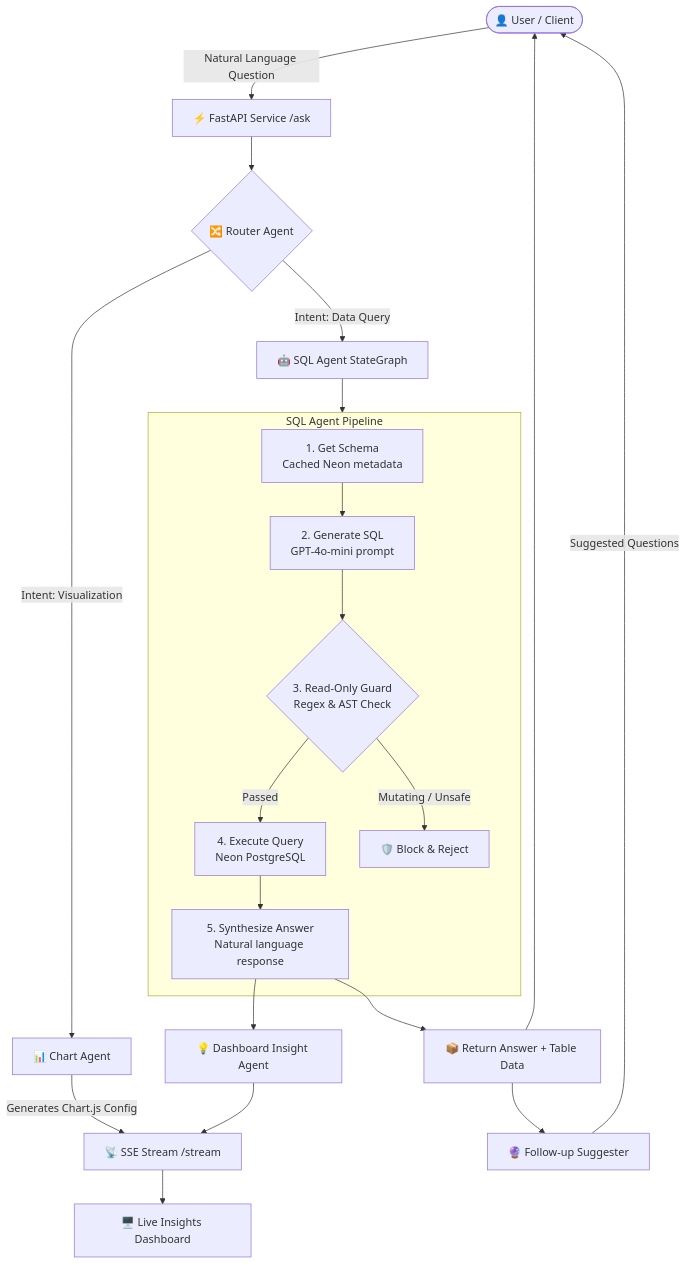
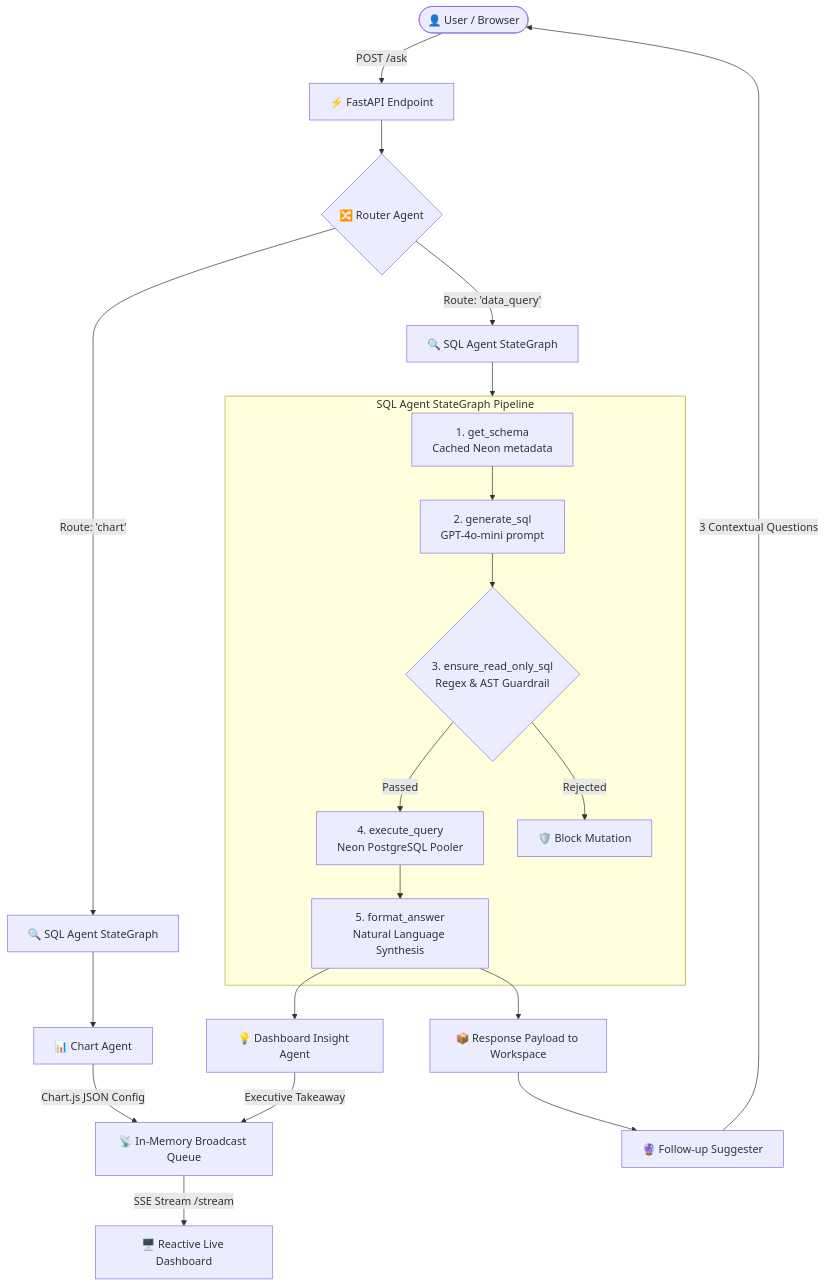
One commit to Sinister-monk/ai-data-analytics changed the diagram in README.md. Above: the diagram before and after it, drawn with Mermaid. The commit also changed other lines of this file and 2 other files, not shown here.

````diff
--- a/README.md
+++ b/README.md
@@ -77,31 +173,31 @@
 ```mermaid
 flowchart TD
-    User([👤 User / Client]) -->|Natural Language Question| API[⚡ FastAPI Service /ask]
-    
+    Client([👤 User / Browser]) -->|POST /ask| API[⚡ FastAPI Endpoint]
+
     API --> Router{🔀 Router Agent}
-    
-    %% Chart Flow
-    Router -->|Intent: Visualization| ChartAgent[📊 Chart Agent]
-    ChartAgent -->|Generates Chart.js Config| BroadcastSSE[📡 SSE Stream /stream]
-    BroadcastSSE --> LiveDash[🖥️ Live Insights Dashboard]
-    
-    %% SQL Flow
-    Router -->|Intent: Data Query| SQLGraph[🤖 SQL Agent StateGraph]
-    
-    subgraph SQLGraphPipeline [SQL Agent Pipeline]
-        SchemaNode[1. Get Schema\nCached Neon metadata] --> SQLGenNode[2. Generate SQL\nGPT-4o-mini prompt]
-        SQLGenNode --> ValidateNode{3. Read-Only Guard\nRegex & AST Check}
-        ValidateNode -->|Passed| ExecNode[4. Execute Query\nNeon PostgreSQL]
-        ValidateNode -->|Mutating / Unsafe| ErrorNode[🛡️ Block & Reject]
-        ExecNode --> AnswerNode[5. Synthesize Answer\nNatural language response]
+
+    %% Chart Workflow
+    Router -->|Route: 'chart'| SQLForChart[🔍 SQL Agent StateGraph]
+    SQLForChart --> ChartAgent[📊 Chart Agent]
+    ChartAgent -->|Chart.js JSON Config| BroadcastQueue[📡 In-Memory Broadcast Queue]
+
+    %% Data Query Workflow
+    Router -->|Route: 'data_query'| SQLGraph[🔍 SQL Agent StateGraph]
+
+    subgraph SQLPipeline [SQL Agent StateGraph Pipeline]
+        SchemaNode[1. get_schema\nCached Neon metadata] --> SQLGen[2. generate_sql\nGPT-4o-mini prompt]
+        SQLGen --> SafetyCheck{3. ensure_read_only_sql\nRegex & AST Guardrail}
+        SafetyCheck -->|Passed| ExecQuery[4. execute_query\nNeon PostgreSQL Pooler]
+        SafetyCheck -->|Rejected| ErrorHandler[🛡️ Block Mutation]
+        ExecQuery --> FormatAnswer[5. format_answer\nNatural Language Synthesis]
     end
-    
-    SQLGraph --> SQLGraphPipeline
-    AnswerNode --> APIResp[📦 Return Answer + Table Data]
-    AnswerNode --> InsightAgent[💡 Dashboard Insight Agent]
-    InsightAgent --> BroadcastSSE
-    
-    APIResp --> FollowupAgent[🔮 Follow-up Suggester]
-    APIResp --> User
-    FollowupAgent -->|Suggested Questions| User
+
+    SQLGraph --> SQLPipeline
+    FormatAnswer --> DashboardAgent[💡 Dashboard Insight Agent]
+    DashboardAgent -->|Executive Takeaway| BroadcastQueue
+
+    BroadcastQueue -->|SSE Stream /stream| LiveDashboard[🖥️ Reactive Live Dashboard]
+    FormatAnswer --> UserWorkspace[📦 Response Payload to Workspace]
+    UserWorkspace --> FollowupAgent[🔮 Follow-up Suggester]
+    FollowupAgent -->|3 Contextual Questions| Client
 ```
````
